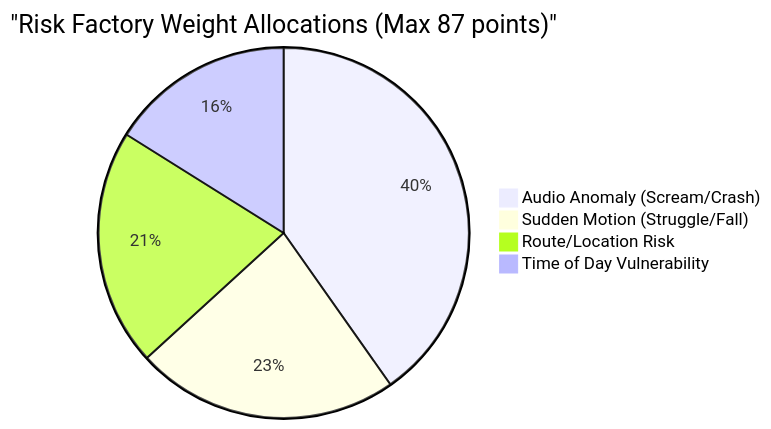
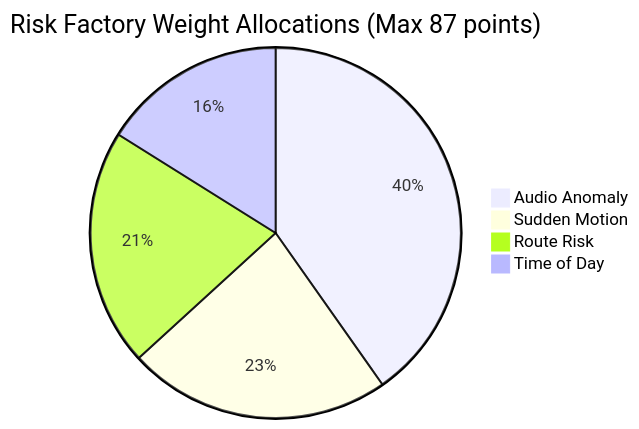
The second of 4 diagrams in README.md (VishalDeep1377/RakshaNet), drawn with Mermaid before and after one commit. The commit also changed 19 other files, not shown here.

Commit message:
feat: improve PWA install flow and UI animations, switch alerts to WhatsApp

````diff
--- a/README.md
+++ b/README.md
@@ -175,7 +175,7 @@
 ```mermaid
-pie title "Risk Factory Weight Allocations (Max 87 points)"
-    "Audio Anomaly (Scream/Crash)" : 35
-    "Sudden Motion (Struggle/Fall)" : 20
-    "Route/Location Risk" : 18
-    "Time of Day Vulnerability" : 14
+pie title Risk Factory Weight Allocations (Max 87 points)
+    "Audio Anomaly" : 35
+    "Sudden Motion" : 20
+    "Route Risk" : 18
+    "Time of Day" : 14
 ```
````
